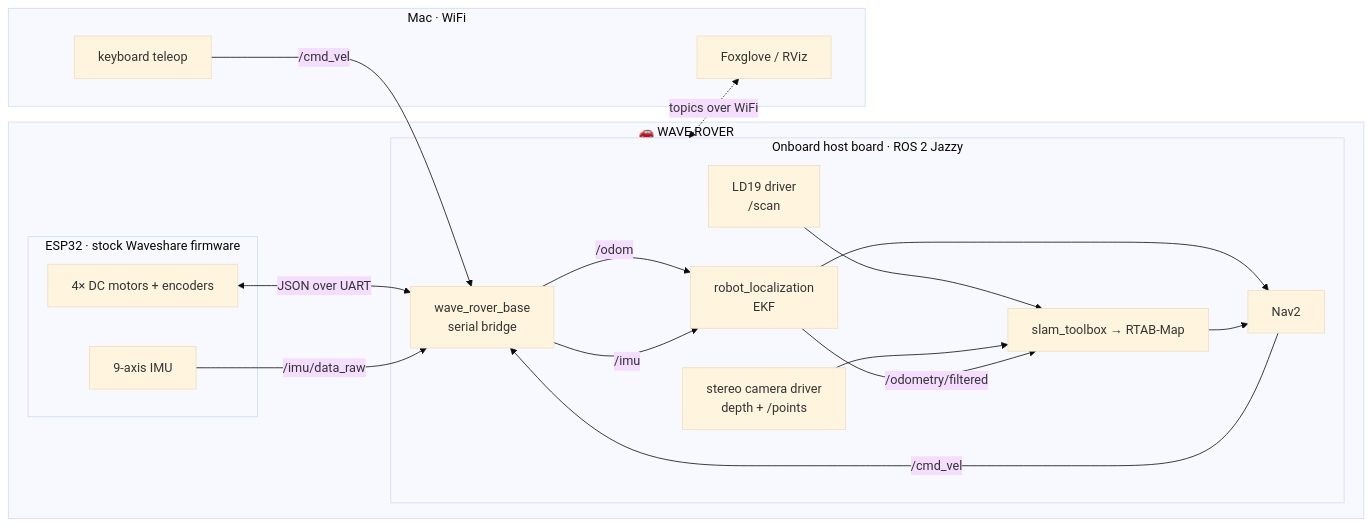
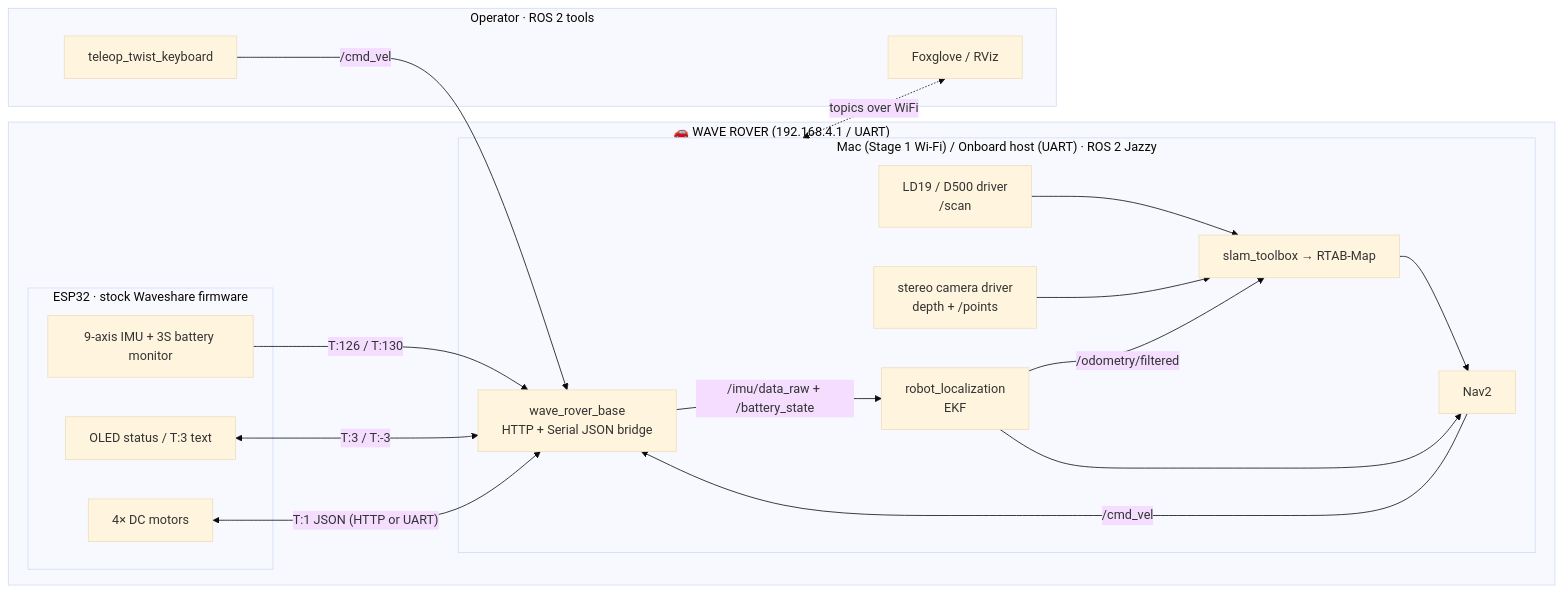
One commit to palolz/horaceTheCheese changed the first of 2 diagrams in docs/architecture.md. Above: the diagram before and after it, drawn with Mermaid (base theme). The commit also changed 30 other files, not shown here.

Commit message:
Complete Stage 1 bring-up: wave_rover_base ROS 2 bridge, workbench photos, and docs

````diff
--- a/docs/architecture.md
+++ b/docs/architecture.md
@@ -7,34 +7,35 @@
 ```mermaid
 flowchart LR
-    subgraph ROVER["🚗 WAVE ROVER"]
+    subgraph ROVER["🚗 WAVE ROVER (192.168.4.1 / UART)"]
         subgraph ESP["ESP32 · stock Waveshare firmware"]
-            IMU["9-axis IMU"]
-            MOTORS["4× DC motors + encoders"]
+            IMU["9-axis IMU + 3S battery monitor"]
+            OLED["OLED status / T:3 text"]
+            MOTORS["4× DC motors"]
         end
-        subgraph HOST["Onboard host board · ROS 2 Jazzy"]
-            BASE["wave_rover_base<br/>serial bridge"]
-            LIDAR["LD19 driver<br/>/scan"]
+        subgraph HOST["Mac (Stage 1 Wi-Fi) / Onboard host (UART) · ROS 2 Jazzy"]
+            BASE["wave_rover_base<br/>HTTP + Serial JSON bridge"]
+            LIDAR["LD19 / D500 driver<br/>/scan"]
             CAM["stereo camera driver<br/>depth + /points"]
             EKF["robot_localization<br/>EKF"]
             SLAM["slam_toolbox → RTAB-Map"]
             NAV["Nav2"]
         end
     end
-    subgraph MAC["Mac · WiFi"]
+    subgraph MAC["Operator · ROS 2 tools"]
         VIZ["Foxglove / RViz"]
-        TELEOP["keyboard teleop"]
+        TELEOP["teleop_twist_keyboard"]
     end
 
-    MOTORS <-->|"JSON over UART"| BASE
-    IMU -->|"/imu/data_raw"| BASE
-    BASE -->|"/odom"| EKF
-    BASE -->|"/imu"| EKF
+    MOTORS <-->|"T:1 JSON (HTTP or UART)"| BASE
+    OLED <-->|"T:3 / T:-3"| BASE
+    IMU -->|"T:126 / T:130"| BASE
+    BASE -->|"/imu/data_raw + /battery_state"| EKF
     LIDAR --> SLAM
     CAM --> SLAM
     EKF -->|"/odometry/filtered"| SLAM
     EKF --> NAV
     SLAM --> NAV
     NAV -->|"/cmd_vel"| BASE
     TELEOP -->|"/cmd_vel"| BASE
     HOST <-.->|"topics over WiFi"| VIZ
 ```
````
